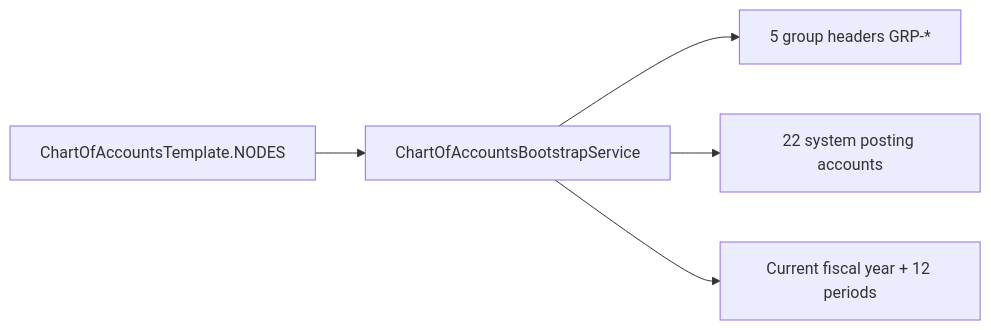
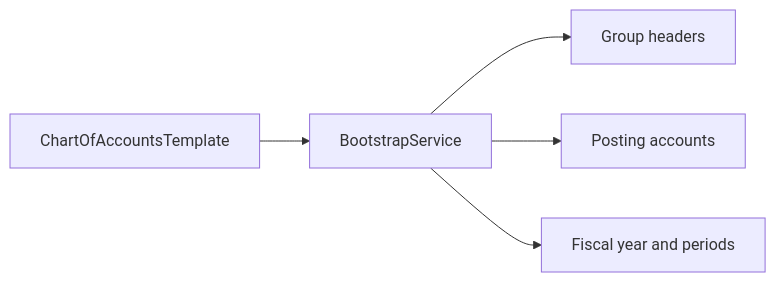
Before and after one commit to defector221/FlowLedgerAPI: the sixth of 6 diagrams in README.md, drawn with Mermaid. The commit also changed other lines of this file and 15 other files, not shown here.

````diff
--- a/README.md
+++ b/README.md
@@ -188,7 +187,7 @@
 ```mermaid
 flowchart LR
-  T[ChartOfAccountsTemplate.NODES] --> S[ChartOfAccountsBootstrapService]
-  S --> A[5 group headers GRP-*]
-  S --> L[22 system posting accounts]
-  S --> FY[Current fiscal year + 12 periods]
+  T["ChartOfAccountsTemplate"] --> S["BootstrapService"]
+  S --> A["Group headers"]
+  S --> L["Posting accounts"]
+  S --> FY["Fiscal year and periods"]
 ```
````
